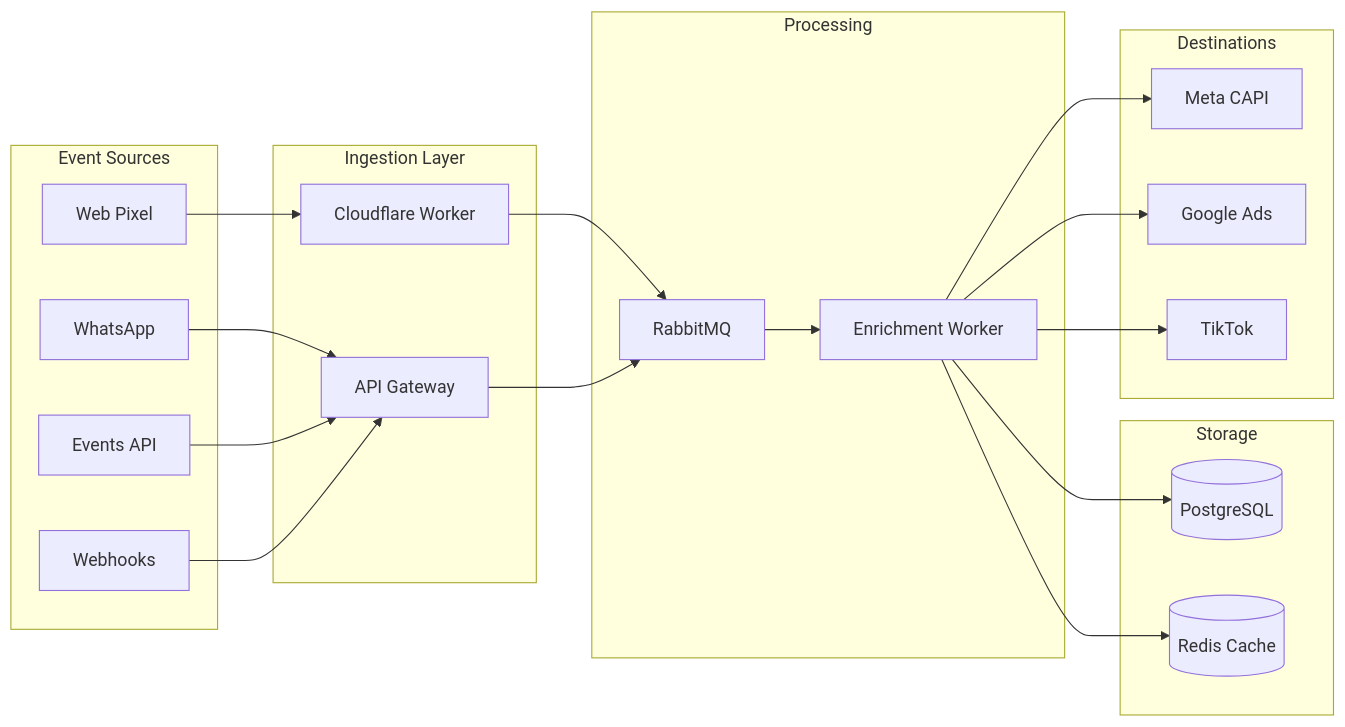
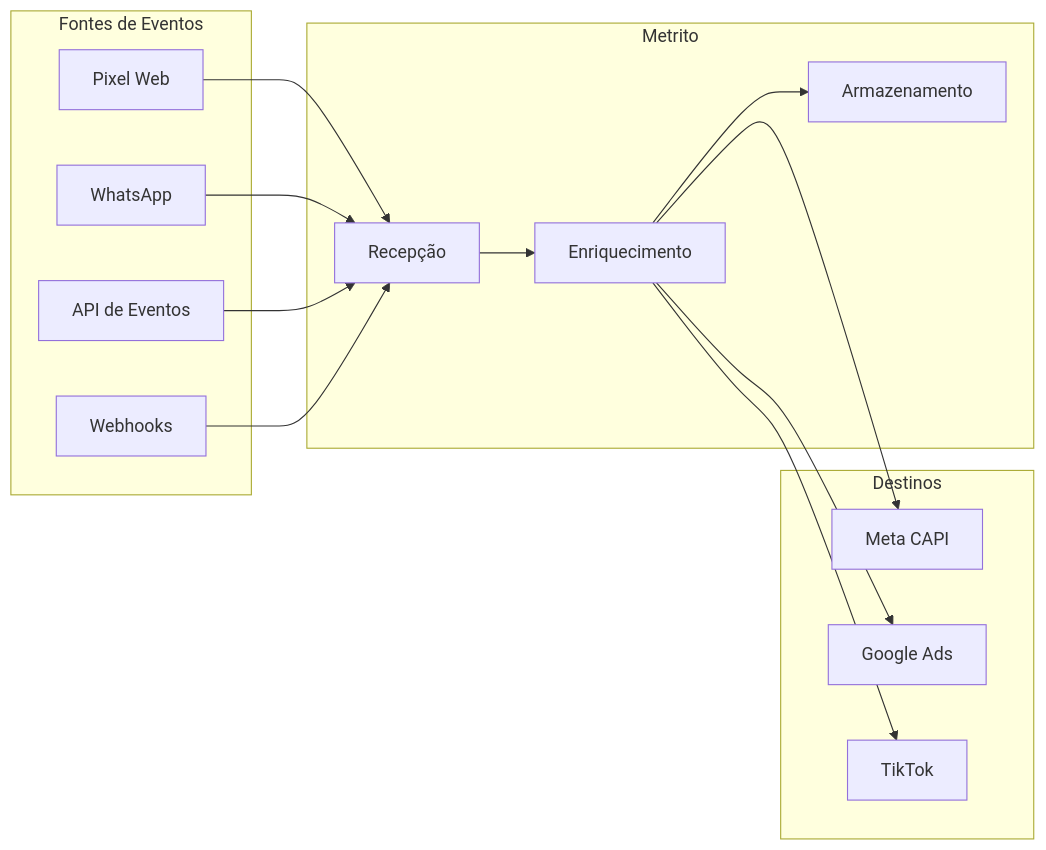
Before and after one commit to Metrito/docs: the diagram in tracking/overview.mdx, drawn with Mermaid. The commit also changed other lines of this file and 10 other files, not shown here.

Commit message:
Update Metrito documentation to Portuguese: translated titles, descriptions, and content across multiple files, including API reference, tracking setup, and UTM configuration. Adjusted color scheme in docs.json and replaced favicon with a new design.

````diff
--- a/tracking/overview.mdx
+++ b/tracking/overview.mdx
@@ -99,43 +86,31 @@
 ```mermaid
 flowchart LR
-    subgraph sources [Event Sources]
-        pixel[Web Pixel]
+    subgraph fontes [Fontes de Eventos]
+        pixel[Pixel Web]
         wpp[WhatsApp]
-        api[Events API]
+        api[API de Eventos]
         webhook[Webhooks]
     end
 
-    subgraph ingestion [Ingestion Layer]
-        cf[Cloudflare Worker]
-        gw[API Gateway]
+    subgraph metrito [Metrito]
+        ingestion[Recepção]
+        enrichment[Enriquecimento]
+        storage[Armazenamento]
     end
 
-    subgraph processing [Processing]
-        rmq[RabbitMQ]
-        enrich[Enrichment Worker]
-    end
-
-    subgraph storage [Storage]
-        pg[(PostgreSQL)]
-        redis[(Redis Cache)]
-    end
-
-    subgraph destinations [Destinations]
+    subgraph destinos [Destinos]
         meta[Meta CAPI]
         google[Google Ads]
         tiktok[TikTok]
     end
 
-    pixel --> cf
-    wpp --> gw
-    api --> gw
-    webhook --> gw
-    cf --> rmq
-    gw --> rmq
-    rmq --> enrich
-    enrich --> pg
-    enrich --> redis
-    enrich --> meta
-    enrich --> google
-    enrich --> tiktok
+    pixel --> ingestion
+    wpp --> ingestion
+    api --> ingestion
+    webhook --> ingestion
+    ingestion --> enrichment
+    enrichment --> storage
+    enrichment --> meta
+    enrichment --> google
+    enrichment --> tiktok
 ```
````
